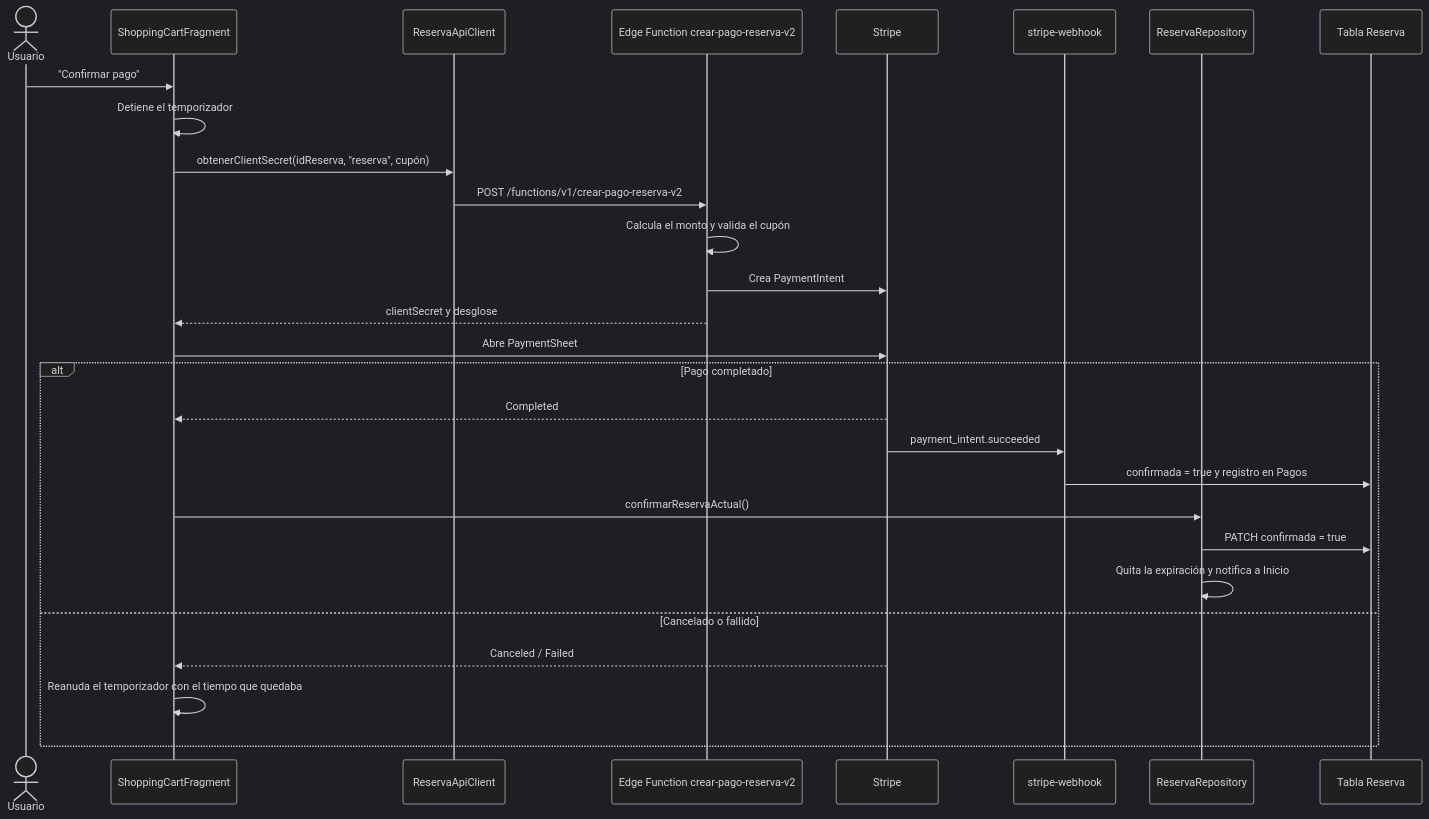
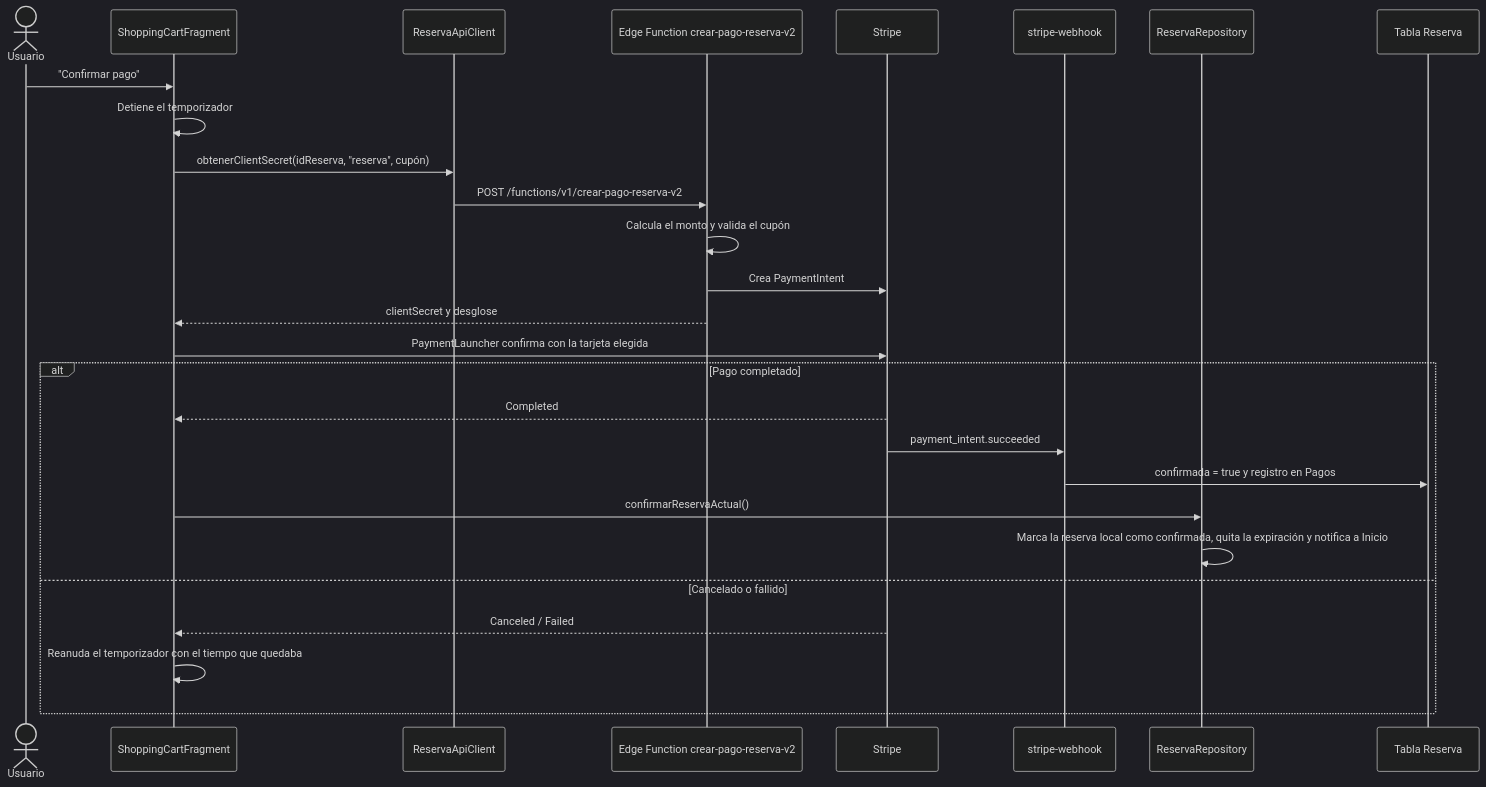
One commit to albertgatez/SmartParking changed the fourth of 5 diagrams in docs/technical/Application/Flujo de reservas.md. Above: the diagram before and after it, drawn with Mermaid (dark theme). The commit also changed other lines of this file and 46 other files, not shown here.

````diff
--- a/docs/technical/Application/Flujo de reservas.md
+++ b/docs/technical/Application/Flujo de reservas.md
@@ -153,31 +153,30 @@
 ```mermaid
 sequenceDiagram
     actor U as Usuario
     participant SC as ShoppingCartFragment
     participant API as ReservaApiClient
     participant EF as Edge Function crear-pago-reserva-v2
     participant ST as Stripe
     participant W as stripe-webhook
     participant R as ReservaRepository
     participant DB as Tabla Reserva
 
     U->>SC: "Confirmar pago"
     SC->>SC: Detiene el temporizador
     SC->>API: obtenerClientSecret(idReserva, "reserva", cupón)
     API->>EF: POST /functions/v1/crear-pago-reserva-v2
     EF->>EF: Calcula el monto y valida el cupón
     EF->>ST: Crea PaymentIntent
     EF-->>SC: clientSecret y desglose
-    SC->>ST: Abre PaymentSheet
+    SC->>ST: PaymentLauncher confirma con la tarjeta elegida
     alt Pago completado
         ST-->>SC: Completed
         ST->>W: payment_intent.succeeded
         W->>DB: confirmada = true y registro en Pagos
         SC->>R: confirmarReservaActual()
-        R->>DB: PATCH confirmada = true
-        R->>R: Quita la expiración y notifica a Inicio
+        R->>R: Marca la reserva local como confirmada, quita la expiración y notifica a Inicio
     else Cancelado o fallido
         ST-->>SC: Canceled / Failed
         SC->>SC: Reanuda el temporizador con el tiempo que quedaba
     end
 ```
````
